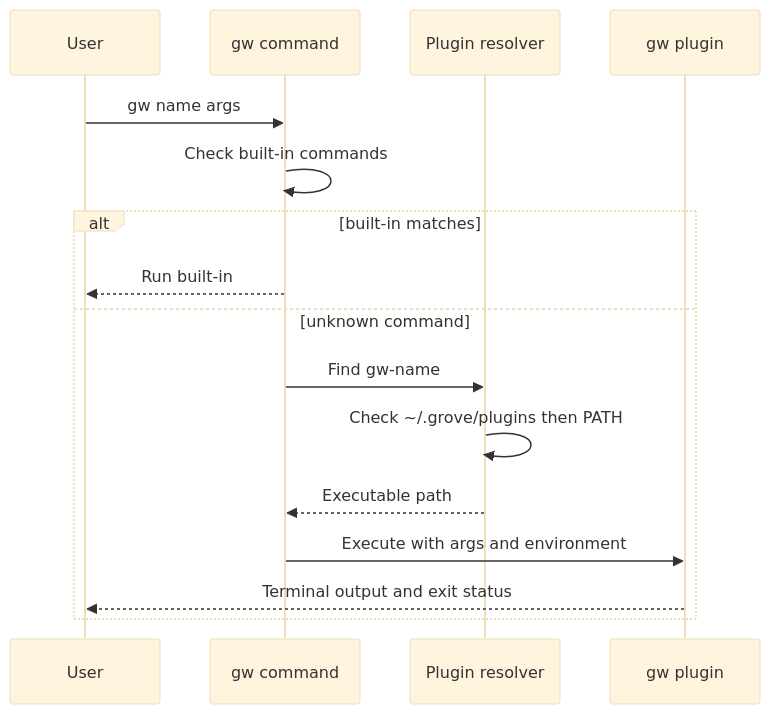
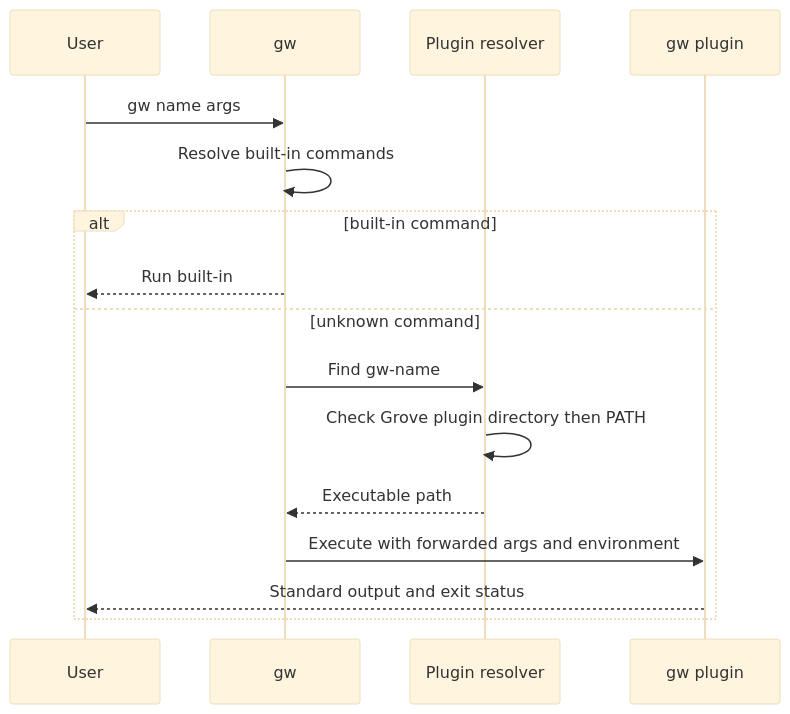
Before and after one commit to nicksenap/grove: the first of 2 diagrams in openwiki/integrations.md, drawn with Mermaid (base theme). The commit also changed other lines of this file and 10 other files, not shown here.

````diff
--- a/openwiki/integrations.md
+++ b/openwiki/integrations.md
@@ -68,18 +54,18 @@
 ```mermaid
 sequenceDiagram
     participant User
-    participant GW as gw command
+    participant Grove as gw
     participant Resolver as Plugin resolver
     participant Plugin as gw plugin
-    User->>GW: gw name args
-    GW->>GW: Check built-in commands
-    alt built-in matches
-        GW-->>User: Run built-in
+    User->>Grove: gw name args
+    Grove->>Grove: Resolve built-in commands
+    alt built-in command
+        Grove-->>User: Run built-in
     else unknown command
-        GW->>Resolver: Find gw-name
-        Resolver->>Resolver: Check ~/.grove/plugins then PATH
-        Resolver-->>GW: Executable path
-        GW->>Plugin: Execute with args and environment
-        Plugin-->>User: Terminal output and exit status
+        Grove->>Resolver: Find gw-name
+        Resolver->>Resolver: Check Grove plugin directory then PATH
+        Resolver-->>Grove: Executable path
+        Grove->>Plugin: Execute with forwarded args and environment
+        Plugin-->>User: Standard output and exit status
     end
 ```
````
